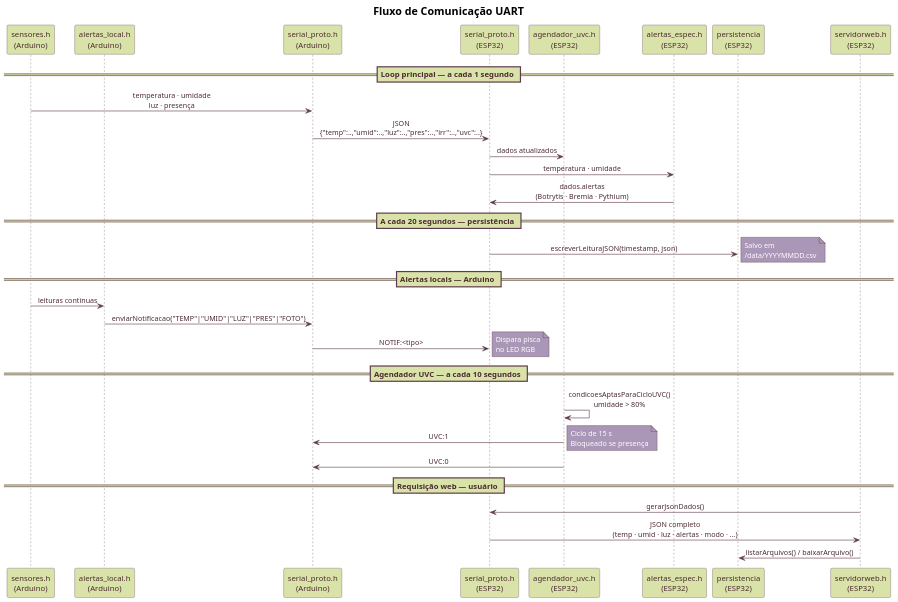
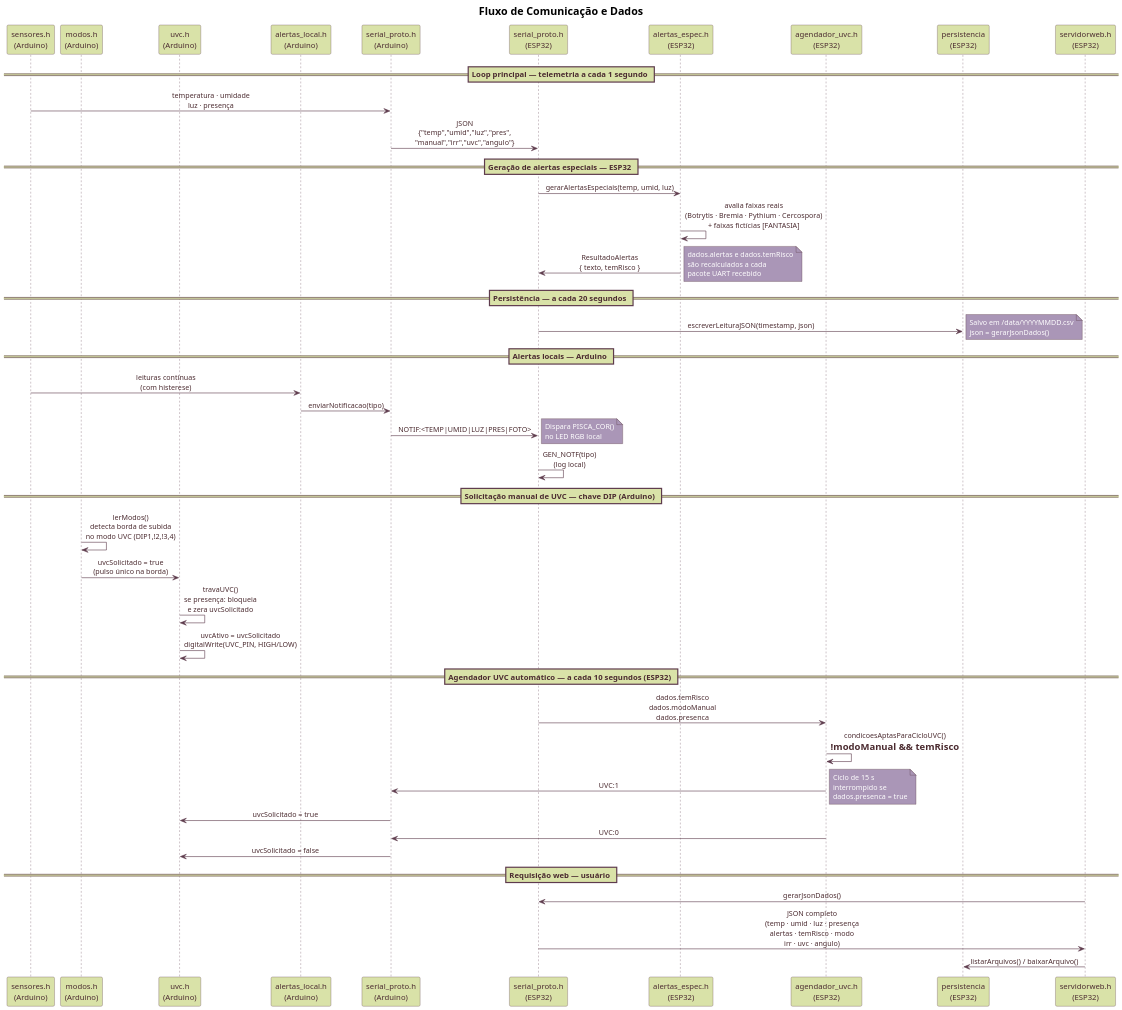
The diagram in uml/hortinha_3_sequencia_uart.puml (mafesm/hortinha-3.0), drawn with PlantUML before and after one commit.

Commit message:
final tcc1

```diff
--- a/uml/hortinha_3_sequencia_uart.puml
+++ b/uml/hortinha_3_sequencia_uart.puml
@@ -1,96 +1,117 @@
 @startuml Hortinha_Sequencia_UART
 
 skinparam dpi 150
 skinparam pageMargin 15
 skinparam pageExternalColor white
 
-title Fluxo de Comunicação UART
+title Fluxo de Comunicação e Dados
 
 skinparam defaultFontName Arial
-skinparam defaultFontSize 13
+skinparam defaultFontSize 12
 skinparam titleFontSize 18
 skinparam titleFontStyle bold
 skinparam sequenceMessageAlign center
 
 skinparam participant {
   BackgroundColor #D9E2A8
   BorderColor     #5E3B4D
   FontColor       #4B2B30
   FontSize        13
 }
 
 skinparam note {
   BackgroundColor #AA96B7
   BorderColor     #4B2B30
   FontColor       #FFFFFF
   FontSize        12
 }
 
 skinparam sequence {
   ArrowColor          #5E3B4D
   ArrowFontColor      #4B2B30
   ArrowFontSize       12
   LifeLineBorderColor #5E3B4D
   GroupBackgroundColor #D9E2A8
   GroupBorderColor     #5E3B4D
   GroupFontColor       #4B2B30
   GroupFontSize        13
   DividerBackgroundColor #D9E2A8
   DividerBorderColor     #5E3B4D
   DividerFontColor       #4B2B30
   DividerFontSize        13
 }
 
 participant "sensores.h\n(Arduino)" as SENS
+participant "modos.h\n(Arduino)" as MODOS
+participant "uvc.h\n(Arduino)" as UVC_ARD
 participant "alertas_local.h\n(Arduino)" as ALRT_ARD
 participant "serial_proto.h\n(Arduino)" as PROTO_ARD
 participant "serial_proto.h\n(ESP32)" as PROTO_ESP
+participant "alertas_espec.h\n(ESP32)" as ALRT_ESP
 participant "agendador_uvc.h\n(ESP32)" as AGEND
-participant "alertas_espec.h\n(ESP32)" as ALRT_ESP
 participant "persistencia\n(ESP32)" as PERSIST
 participant "servidorweb.h\n(ESP32)" as WEB
 
-== Loop principal — a cada 1 segundo ==
+== Loop principal — telemetria a cada 1 segundo ==
 
 SENS -> PROTO_ARD : temperatura · umidade\nluz · presença
-PROTO_ARD -> PROTO_ESP : JSON\n{"temp":..,"umid":..,"luz":..,"pres":..,"irr":..,"uvc":..}
+PROTO_ARD -> PROTO_ESP : JSON\n{"temp","umid","luz","pres",\n"manual","irr","uvc","angulo"}
 
-PROTO_ESP -> AGEND    : dados atualizados
-PROTO_ESP -> ALRT_ESP : temperatura · umidade
-ALRT_ESP  -> PROTO_ESP : dados.alertas\n(Botrytis · Bremia · Pythium)
+== Geração de alertas especiais — ESP32 ==
 
-== A cada 20 segundos — persistência ==
+PROTO_ESP -> ALRT_ESP : gerarAlertasEspeciais(temp, umid, luz)
+ALRT_ESP -> ALRT_ESP : avalia faixas reais\n(Botrytis · Bremia · Pythium · Cercospora)\n+ faixas fictícias [FANTASIA]
+ALRT_ESP -> PROTO_ESP : ResultadoAlertas\n{ texto, temRisco }
+note right
+  dados.alertas e dados.temRisco
+  são recalculados a cada
+  pacote UART recebido
+end note
+
+== Persistência — a cada 20 segundos ==
 
 PROTO_ESP -> PERSIST : escreverLeituraJSON(timestamp, json)
 note right
-  Salvo em
-  /data/YYYYMMDD.csv
+  Salvo em /data/YYYYMMDD.csv
+  json = gerarJsonDados()
 end note
 
 == Alertas locais — Arduino ==
 
-SENS -> ALRT_ARD : leituras contínuas
-ALRT_ARD -> PROTO_ARD : enviarNotificacao("TEMP"|"UMID"|"LUZ"|"PRES"|"FOTO")
-PROTO_ARD -> PROTO_ESP : NOTIF:<tipo>
+SENS -> ALRT_ARD : leituras contínuas\n(com histerese)
+ALRT_ARD -> PROTO_ARD : enviarNotificacao(tipo)
+PROTO_ARD -> PROTO_ESP : NOTIF:<TEMP|UMID|LUZ|PRES|FOTO>
 note right
-  Dispara pisca
-  no LED RGB
+  Dispara PISCA_COR()
+  no LED RGB local
 end note
+PROTO_ESP -> PROTO_ESP : GEN_NOTF(tipo)\n(log local)
 
-== Agendador UVC — a cada 10 segundos ==
+== Solicitação manual de UVC — chave DIP (Arduino) ==
 
-AGEND -> AGEND : condicoesAptasParaCicloUVC()\numidade > 80%
+MODOS -> MODOS : lerModos()\ndetecta borda de subida\nno modo UVC (DIP1,!2,!3,4)
+MODOS -> UVC_ARD : uvcSolicitado = true\n(pulso único na borda)
+UVC_ARD -> UVC_ARD : travaUVC()\nse presença: bloqueia\ne zera uvcSolicitado
+UVC_ARD -> UVC_ARD : uvcAtivo = uvcSolicitado\ndigitalWrite(UVC_PIN, HIGH/LOW)
+
+== Agendador UVC automático — a cada 10 segundos (ESP32) ==
+
+PROTO_ESP -> AGEND : dados.temRisco\ndados.modoManual\ndados.presenca
+AGEND -> AGEND : condicoesAptasParaCicloUVC()\n= !modoManual && temRisco
 AGEND -> PROTO_ARD : UVC:1
 note right
   Ciclo de 15 s
-  Bloqueado se presença
+  interrompido se
+  dados.presenca = true
 end note
+PROTO_ARD -> UVC_ARD : uvcSolicitado = true
 AGEND -> PROTO_ARD : UVC:0
+PROTO_ARD -> UVC_ARD : uvcSolicitado = false
 
 == Requisição web — usuário ==
 
 WEB -> PROTO_ESP : gerarJsonDados()
-PROTO_ESP -> WEB : JSON completo\n(temp · umid · luz · alertas · modo · ...)
+PROTO_ESP -> WEB : JSON completo\n(temp · umid · luz · presença\nalertas · temRisco · modo\nirr · uvc · angulo)
 WEB -> PERSIST : listarArquivos() / baixarArquivo()
 
 @enduml
```
